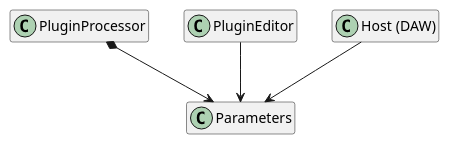
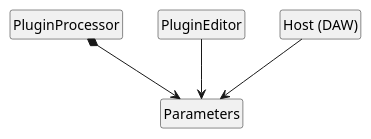
The diagram in slides.md (JanWilczek/adc26-japan-talk), drawn with PlantUML before and after one commit. The commit also changed other lines of this file and 1 other file, not shown here.

````diff
--- a/slides.md
+++ b/slides.md
@@ -118,9 +116,10 @@
 ```plantuml
 @startuml
 hide empty members
+hide circle
 
 PluginProcessor *--> Parameters
 PluginEditor --> Parameters
 "Host (DAW)" --> Parameters
 @enduml
 ```
````
